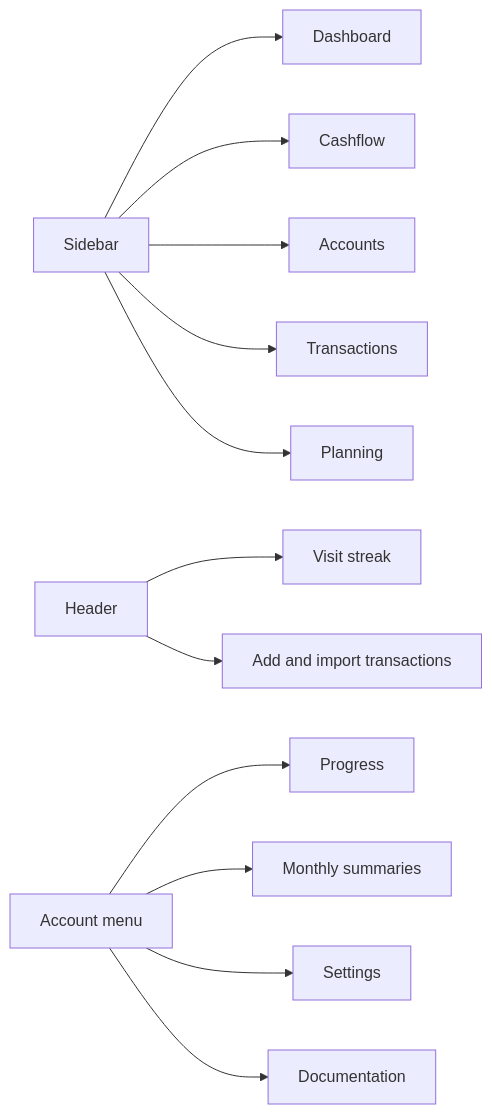
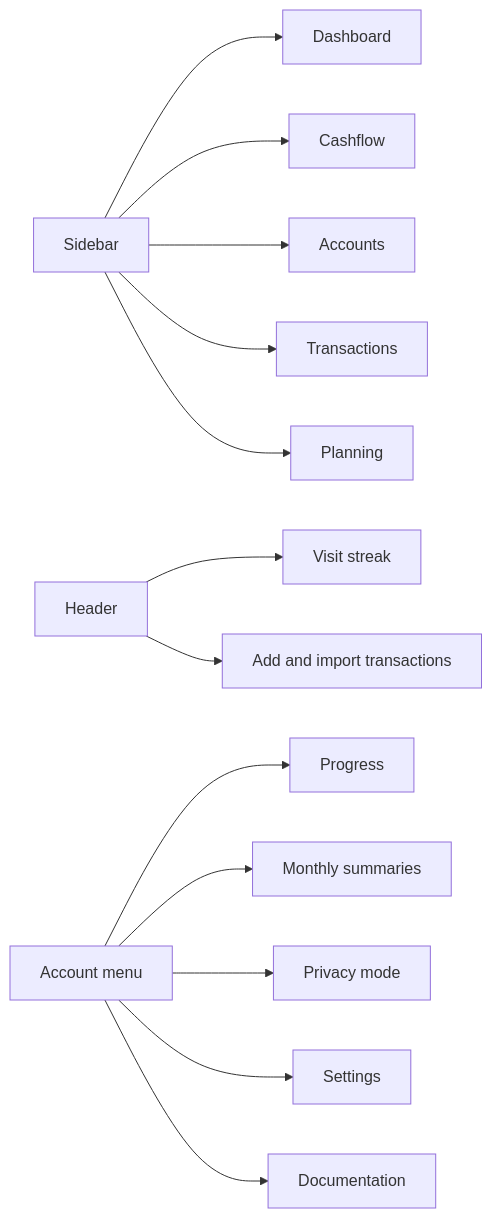
One commit to whisper-money/whisper-money changed the second of 2 diagrams in resources/docs/documentation/10-getting-started-en.md. Above: the diagram before and after it, drawn with Mermaid. The commit also changed other lines of this file and 14 other files, not shown here.

````diff
--- a/resources/docs/documentation/10-getting-started-en.md
+++ b/resources/docs/documentation/10-getting-started-en.md
@@ -79,15 +82,16 @@
 ```mermaid
 flowchart LR
     %% diagram: app-map-en
     sidebar[Sidebar] --> dashboard[Dashboard]
     sidebar --> cashflow[Cashflow]
     sidebar --> accounts[Accounts]
     sidebar --> transactions[Transactions]
     sidebar --> planning[Planning]
     header[Header] --> streak[Visit streak]
     header --> add[Add and import transactions]
     menu[Account menu] --> progress[Progress]
     menu --> summaries[Monthly summaries]
+    menu --> privacy[Privacy mode]
     menu --> settings[Settings]
     menu --> docs[Documentation]
 ```
````
